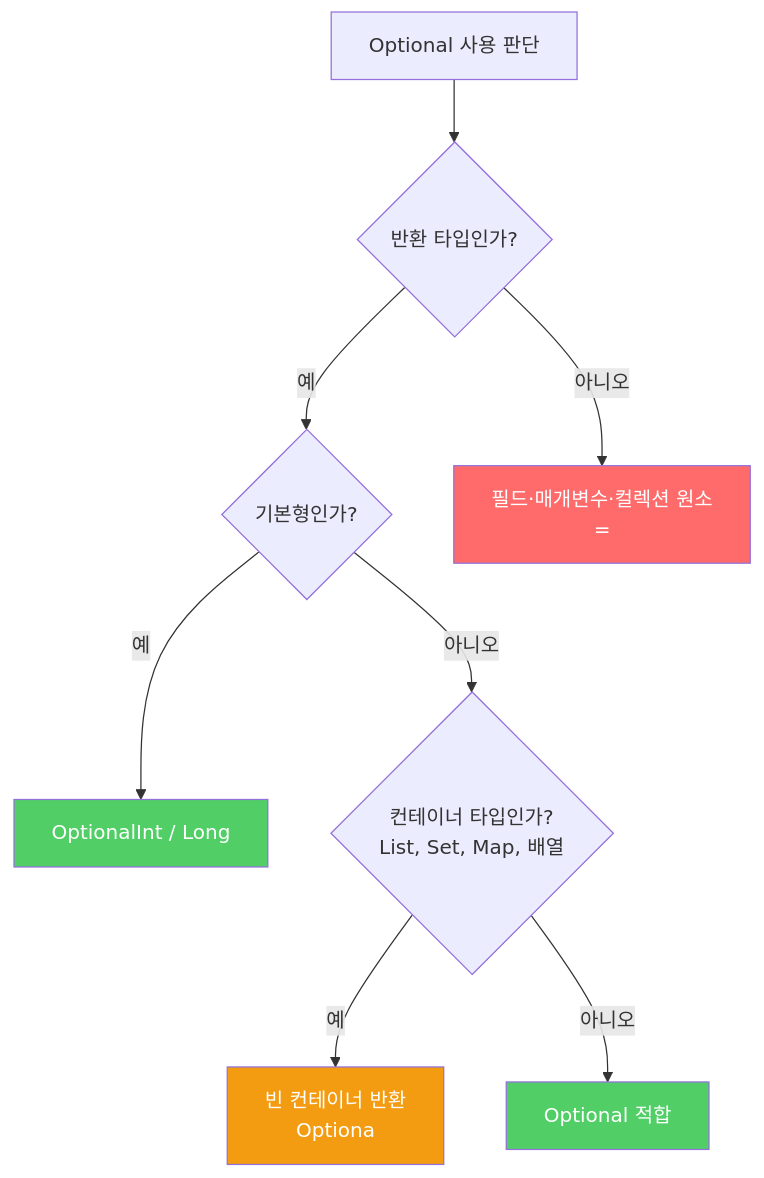
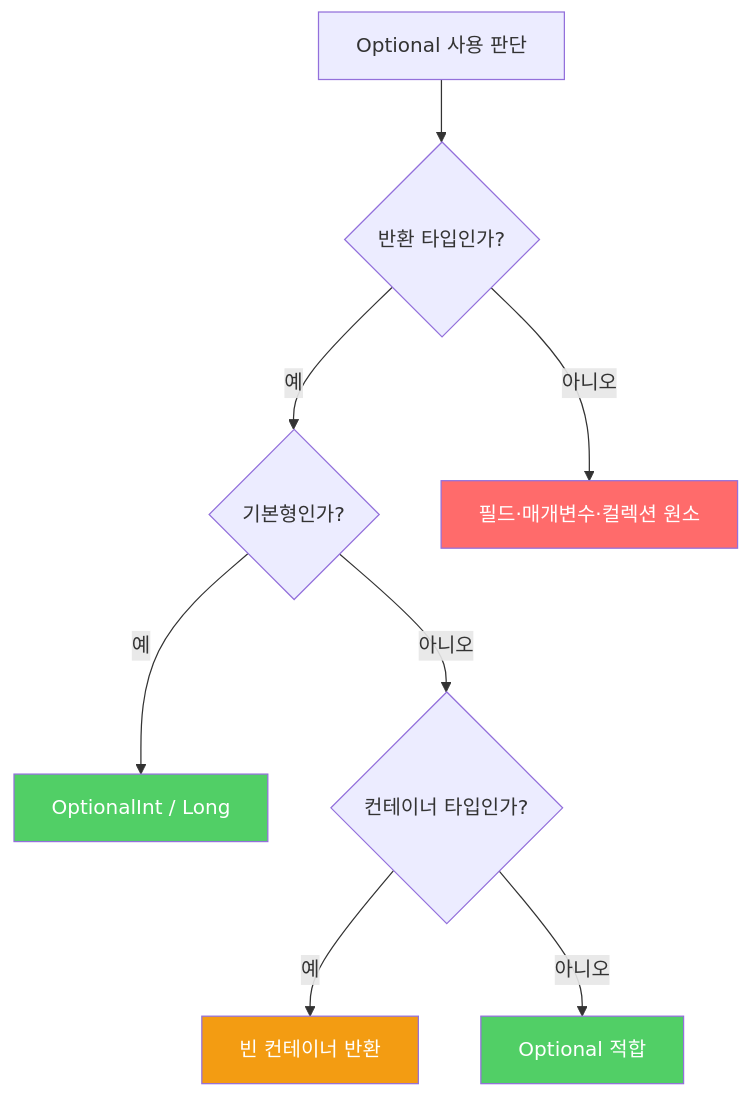
One commit to yjkim2015/yjkim2015.github.io changed the second of 2 diagrams in _posts/java/2022-02-08-effective-java55.md. Above: the diagram before and after it, drawn with Mermaid. The commit also changed other lines of this file and 217 other files, not shown here.

First line of the commit message:
Mermaid 크기 수정: useMaxWidth:true + SVG max-width:100% + 라벨 축소

````diff
--- a/_posts/java/2022-02-08-effective-java55.md
+++ b/_posts/java/2022-02-08-effective-java55.md
@@ -164,14 +164,14 @@
 ```mermaid
 graph TD
     A["Optional 사용 판단"] --> B{"반환 타입인가?"}
     B -- 예 --> C{"기본형인가?"}
     C -- 예 --> D["OptionalInt / Long"]
-    C -- 아니오 --> E{"컨테이너 타입인가?\nList, Set, Map, 배열"}
-    E -- 예 --> F["빈 컨테이너 반환\nOptiona"]
+    C -- 아니오 --> E{"컨테이너 타입인가?"}
+    E -- 예 --> F["빈 컨테이너 반환"]
     E -- 아니오 --> G["Optional<T> 적합"]
-    B -- 아니오 --> H["필드·매개변수·컬렉션 원소\n="]
+    B -- 아니오 --> H["필드·매개변수·컬렉션 원소"]
     style D fill:#51cf66,color:#fff
     style G fill:#51cf66,color:#fff
     style F fill:#f39c12,color:#fff
     style H fill:#ff6b6b,color:#fff
 ```
````
